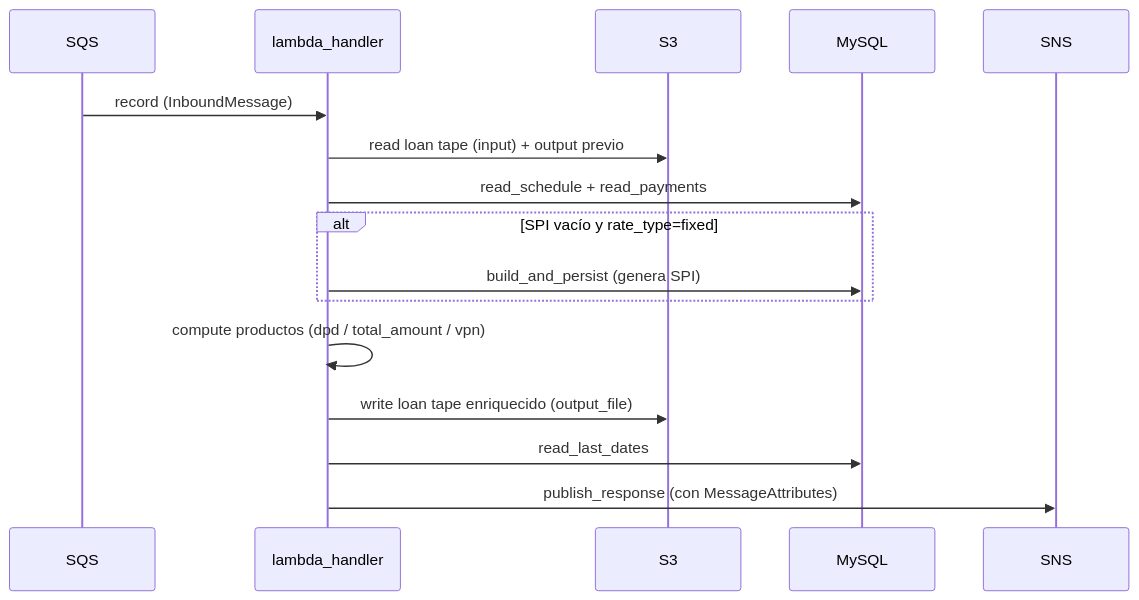
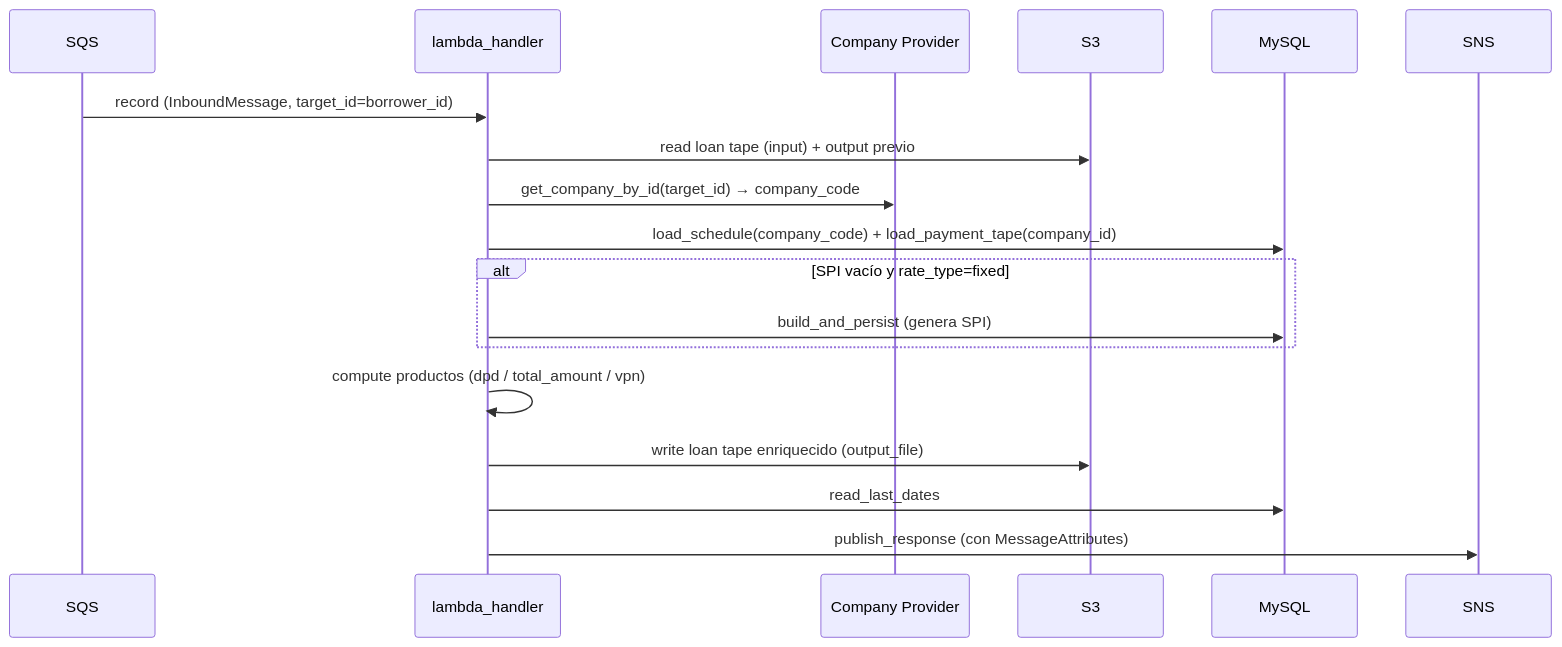
The diagram in docs/how-to-run/execute.md (getvaas/days_past_due), drawn with Mermaid before and after one commit. The commit also changed other lines of this file and 22 other files, not shown here.

````diff
--- a/docs/how-to-run/execute.md
+++ b/docs/how-to-run/execute.md
@@ -45,18 +32,20 @@
 ```mermaid
 sequenceDiagram
     participant SQS
     participant H as lambda_handler
+    participant CP as Company Provider
     participant S3
     participant DB as MySQL
     participant SNS
-    SQS->>H: record (InboundMessage)
+    SQS->>H: record (InboundMessage, target_id=borrower_id)
     H->>S3: read loan tape (input) + output previo
-    H->>DB: read_schedule + read_payments
+    H->>CP: get_company_by_id(target_id) → company_code
+    H->>DB: load_schedule(company_code) + load_payment_tape(company_id)
     alt SPI vacío y rate_type=fixed
         H->>DB: build_and_persist (genera SPI)
     end
     H->>H: compute productos (dpd / total_amount / vpn)
     H->>S3: write loan tape enriquecido (output_file)
     H->>DB: read_last_dates
     H->>SNS: publish_response (con MessageAttributes)
 ```
````
